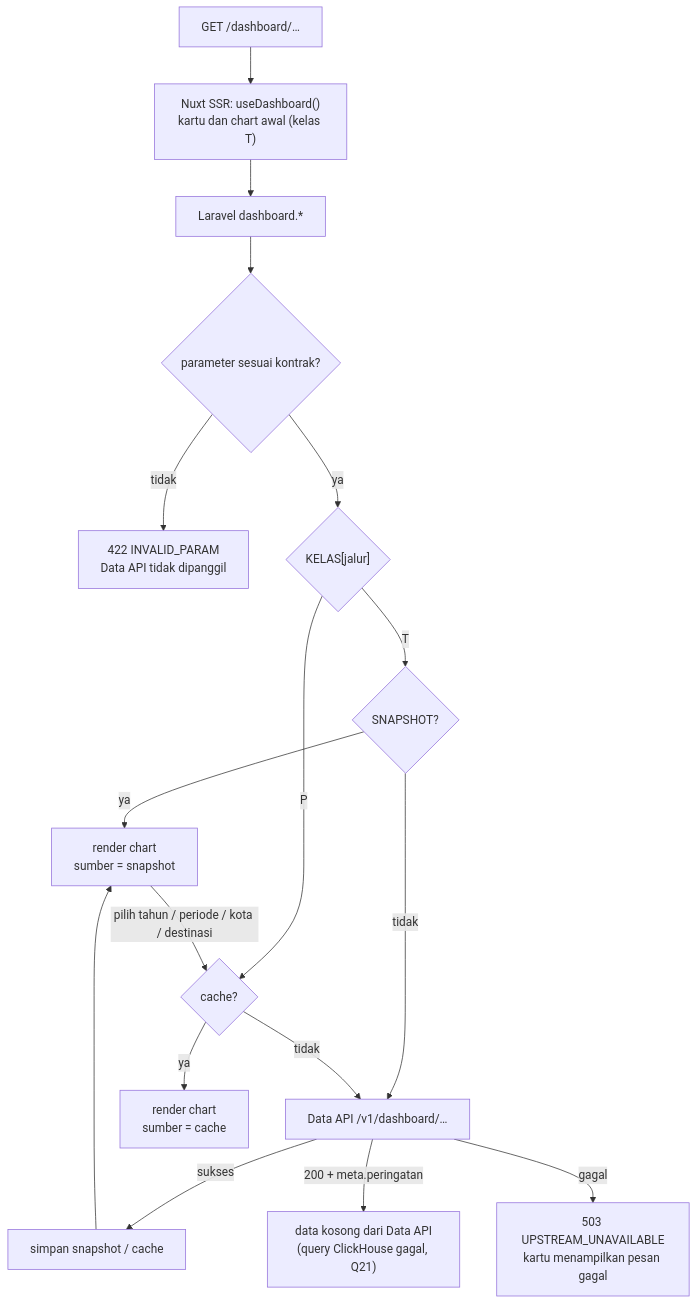
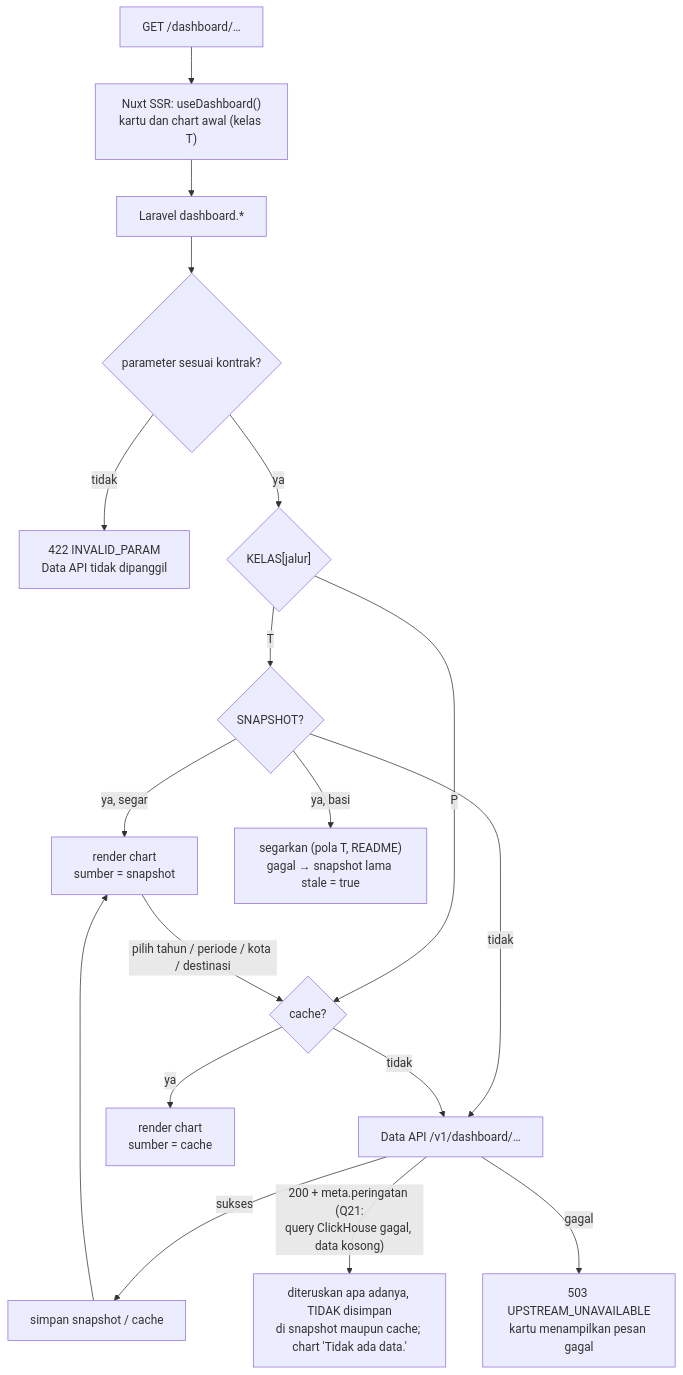
Before and after one commit to RantAI-dev/DisparDataPlatform: the diagram in port/docs/flowchart/dashboard.md, drawn with Mermaid. The commit also changed other lines of this file and 30 other files, not shown here.

````diff
--- a/port/docs/flowchart/dashboard.md
+++ b/port/docs/flowchart/dashboard.md
@@ -37,18 +37,19 @@
 ```mermaid
 flowchart TD
     P["GET /dashboard/…"] --> SSR["Nuxt SSR: useDashboard()<br/>kartu dan chart awal (kelas T)"]
     SSR --> L["Laravel dashboard.*"]
     L --> V{"parameter sesuai kontrak?"}
     V -- tidak --> E422["422 INVALID_PARAM<br/>Data API tidak dipanggil"]
     V -- ya --> K{"KELAS[jalur]"}
     K -- T --> S{"SNAPSHOT?"}
-    S -- ya --> OK["render chart<br/>sumber = snapshot"]
+    S -- "ya, segar" --> OK["render chart<br/>sumber = snapshot"]
+    S -- "ya, basi" --> SG["segarkan (pola T, README)<br/>gagal → snapshot lama stale = true"]
     S -- tidak --> D["Data API /v1/dashboard/…"]
     K -- P --> C{"cache?"}
     C -- ya --> OK2["render chart<br/>sumber = cache"]
     C -- tidak --> D
     D -- sukses --> W["simpan snapshot / cache"] --> OK
-    D -- "200 + meta.peringatan" --> KOS["data kosong dari Data API<br/>(query ClickHouse gagal, Q21)"]
+    D -- "200 + meta.peringatan (Q21:<br/>query ClickHouse gagal, data kosong)" --> KOS["diteruskan apa adanya, TIDAK disimpan<br/>di snapshot maupun cache; chart 'Tidak ada data.'"]
     D -- gagal --> E503["503 UPSTREAM_UNAVAILABLE<br/>kartu menampilkan pesan gagal"]
     OK -->|"pilih tahun / periode / kota / destinasi"| C
 ```
````
